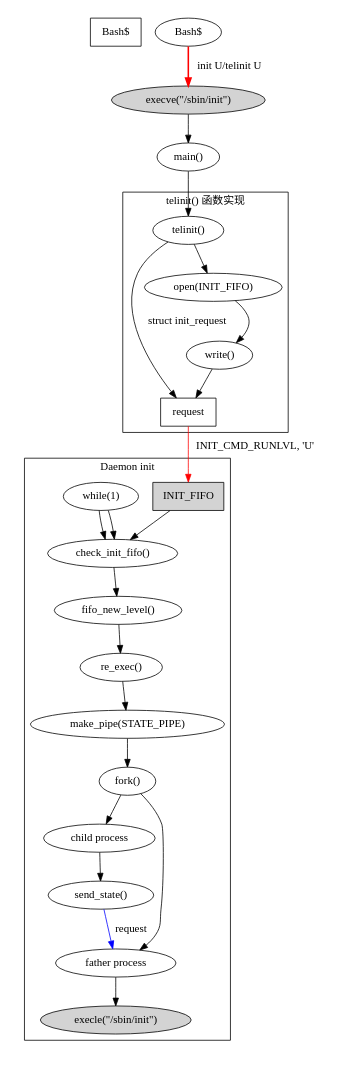
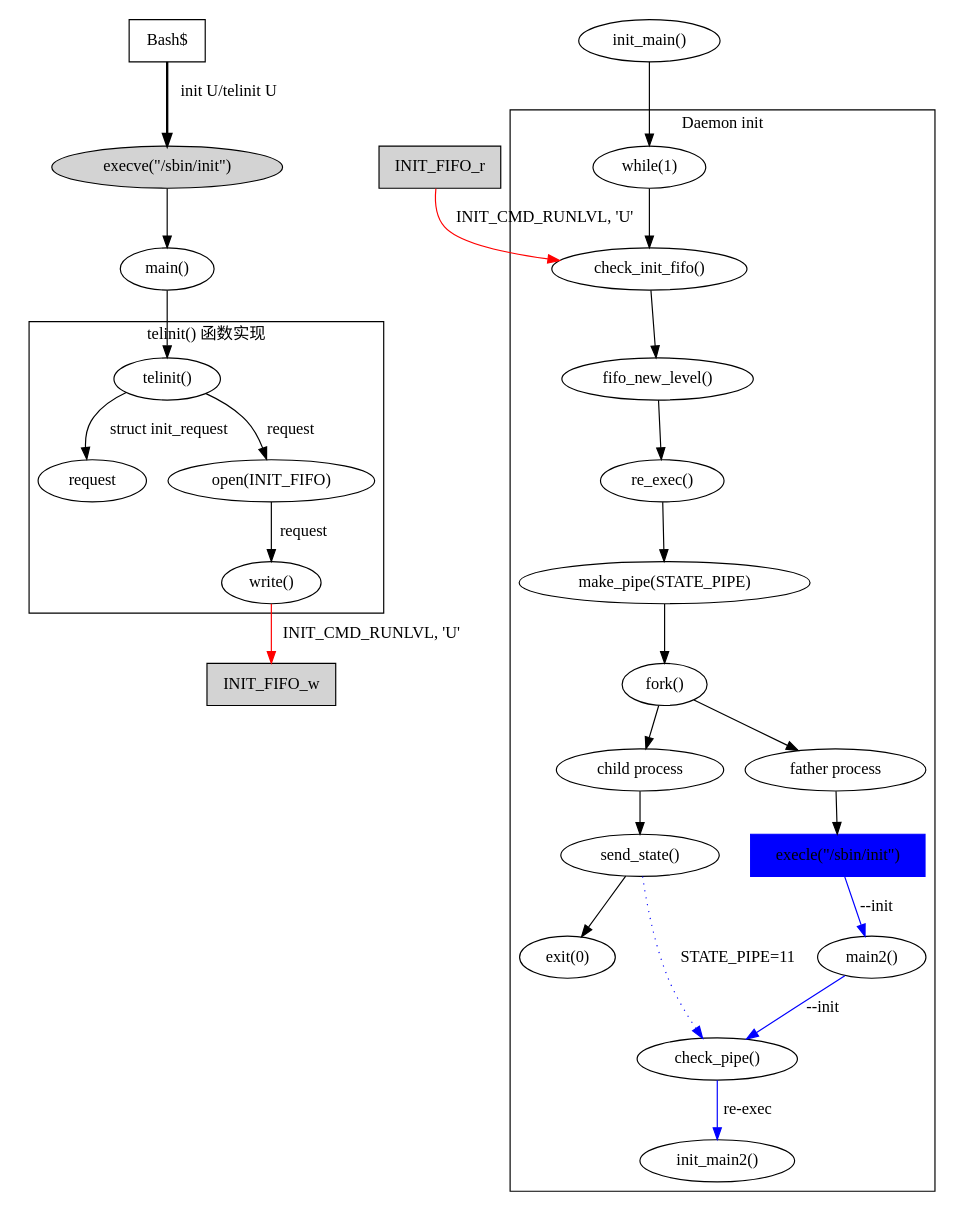
The diagram in pdf/figures/how-to-exec-init-3.dot (limingth/sysvinit), drawn with Graphviz before and after one commit. The commit also changed 23 other files, not shown here.

```diff
--- a/pdf/figures/how-to-exec-init-3.dot
+++ b/pdf/figures/how-to-exec-init-3.dot
@@ -1,43 +1,46 @@
 digraph G
 {
-	size = "7, 7";
+	size = "7, 8";
 //	label = "方式3 - 在程序中通过 re_exec() 函数启动 init";
 
-	"Bash\$ " [shape=box];
+	"Bash$ " [shape=box];
 	"execve(\"/sbin/init\")"  [style = filled];
-	"Bash$ " -> "execve(\"/sbin/init\")" [style=bold label="init U/telinit U" color="red"];
-
+	"Bash$ " -> "execve(\"/sbin/init\")" [style=bold label="init U/telinit U"];
 
 	"execve(\"/sbin/init\")" -> "main()" -> "telinit()";
 	
 	subgraph cluster01
 	{
 		label = "telinit() 函数实现";
 
-		"request" [shape=box];
 		"telinit()" -> "request" [label="struct init_request"] ;
 
-		"telinit()" -> "open(INIT_FIFO)" -> "write()" -> "request";
+		"telinit()" -> "open(INIT_FIFO)" -> "write()" [label="request"];
 	}
 
-	"INIT_FIFO" [shape=box style="filled"];
-	"request" -> "INIT_FIFO" [label="INIT_CMD_RUNLVL, 'U'" color="red"]; 
+	"INIT_FIFO_w" [shape=box style="filled"];
+	"write()" -> "INIT_FIFO_w" [label="INIT_CMD_RUNLVL, 'U'" color="red"]; 
+//	"INIT_FIFO_w" -> "INIT_FIFO_r"[style=dotted];
+	"INIT_FIFO_r" [shape=box style="filled"];
+	"INIT_FIFO_r" -> "check_init_fifo()" [label="INIT_CMD_RUNLVL, 'U'" color="red"]; 
+
+	"init_main()" -> "while(1)";
 
 	subgraph cluster02
 	{
 		label = "Daemon init";
 
-		"INIT_FIFO" -> "check_init_fifo()";
-
-		"while(1)" -> "check_init_fifo()"; 
 		"while(1)" -> "check_init_fifo()" -> "fifo_new_level()" -> "re_exec()"; 
 		"re_exec()" -> "make_pipe(STATE_PIPE)" -> "fork()";
-		
-		"fork()" -> "child process" -> "send_state()" 
+		"fork()" -> "child process" -> "send_state()" -> "exit(0)";
 
 		"execle(\"/sbin/init\")"  [style = filled];
 		"fork()" -> "father process" -> "execle(\"/sbin/init\")" ;
+		"execle(\"/sbin/init\")" -> "main2()" -> "check_pipe()" [label="--init" color=blue];
+		"execle(\"/sbin/init\")"  [shape=rect color=blue style=filled];
 
-		"send_state()" -> "father process" [label="request" color="blue"];
+		"send_state()" -> "check_pipe()" [label="STATE_PIPE=11" color="blue" style=dotted];
+		"check_pipe()" -> "init_main2()"  [label="re-exec" color="blue" style=solid];
+		//"init_main2()" -> "while(1)" [style=dotted];
 	}
 }
```
